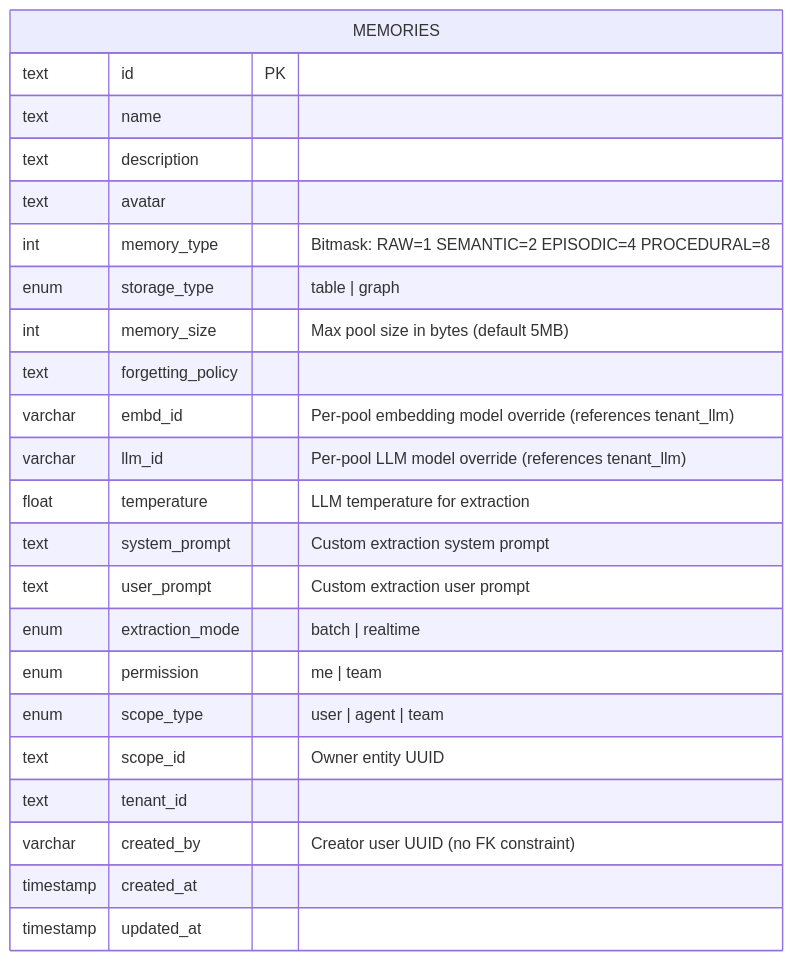
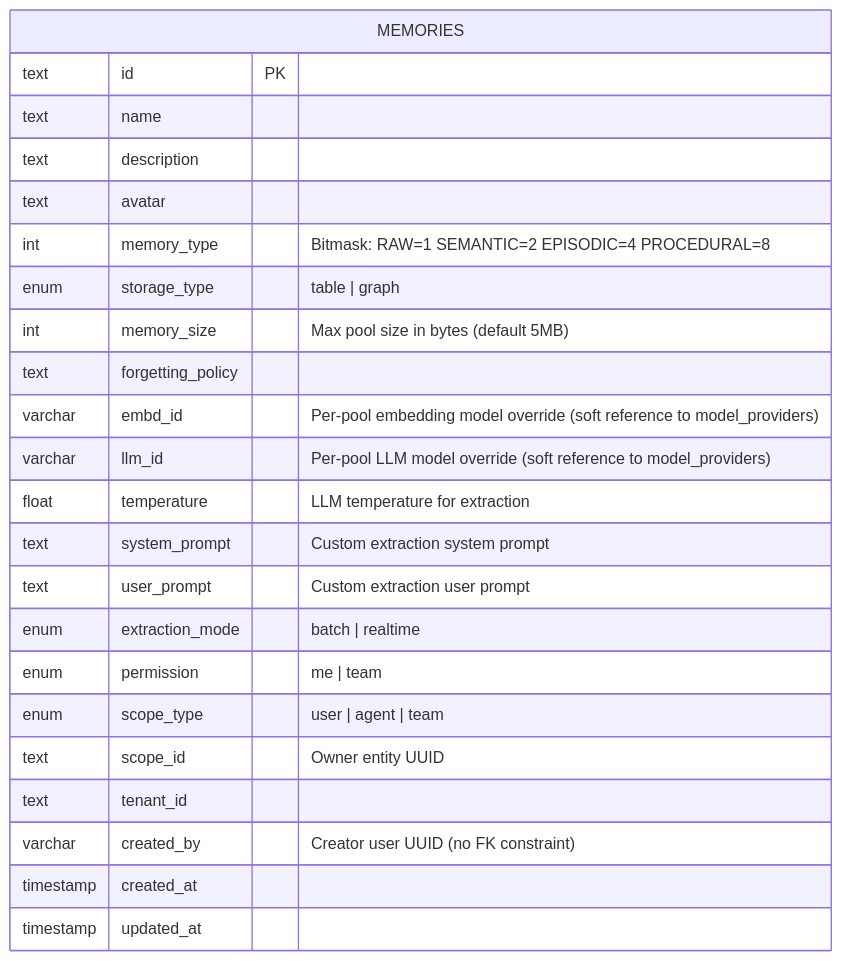
Before and after one commit to b-knowledge-solution/b-knowledge: the fourth of 6 diagrams in docs/basic-design/agent-memory/memory-architecture.md, drawn with Mermaid. The commit also changed 83 other files, not shown here.

````diff
--- a/docs/basic-design/agent-memory/memory-architecture.md
+++ b/docs/basic-design/agent-memory/memory-architecture.md
@@ -109,26 +109,26 @@
 ```mermaid
 erDiagram
     MEMORIES {
         text id PK
         text name
         text description
         text avatar
         int memory_type "Bitmask: RAW=1 SEMANTIC=2 EPISODIC=4 PROCEDURAL=8"
         enum storage_type "table | graph"
         int memory_size "Max pool size in bytes (default 5MB)"
         text forgetting_policy
-        varchar embd_id "Per-pool embedding model override (references tenant_llm)"
-        varchar llm_id "Per-pool LLM model override (references tenant_llm)"
+        varchar embd_id "Per-pool embedding model override (soft reference to model_providers)"
+        varchar llm_id "Per-pool LLM model override (soft reference to model_providers)"
         float temperature "LLM temperature for extraction"
         text system_prompt "Custom extraction system prompt"
         text user_prompt "Custom extraction user prompt"
         enum extraction_mode "batch | realtime"
         enum permission "me | team"
         enum scope_type "user | agent | team"
         text scope_id "Owner entity UUID"
         text tenant_id
         varchar created_by "Creator user UUID (no FK constraint)"
         timestamp created_at
         timestamp updated_at
     }
 ```
````
